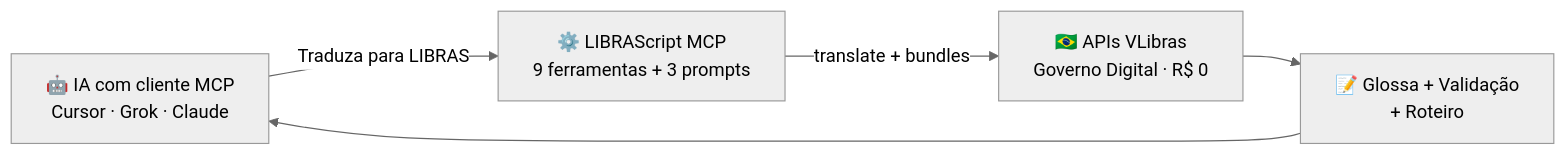
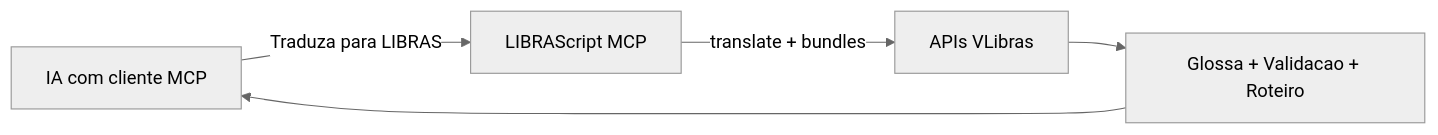
The first of 2 diagrams in README.md (fabricioartur/librascript-mcp), drawn with Mermaid (neutral theme) before and after one commit. The commit also changed other lines of this file and 1 other file, not shown here.

````diff
--- a/README.md
+++ b/README.md
@@ -15,12 +97,12 @@
 ```mermaid
 flowchart LR
-    A["🤖 IA com cliente MCP<br/>Cursor · Grok · Claude"]
-    B["⚙️ LIBRAScript MCP<br/>9 ferramentas + 3 prompts"]
-    C["🇧🇷 APIs VLibras<br/>Governo Digital · R$ 0"]
-    D["📝 Glossa + Validação<br/>+ Roteiro"]
+    A["IA com cliente MCP"]
+    B["LIBRAScript MCP"]
+    C["APIs VLibras"]
+    D["Glossa + Validacao + Roteiro"]
 
     A -->|"Traduza para LIBRAS"| B
     B -->|"translate + bundles"| C
     C --> D
     D --> A
 ```
````
